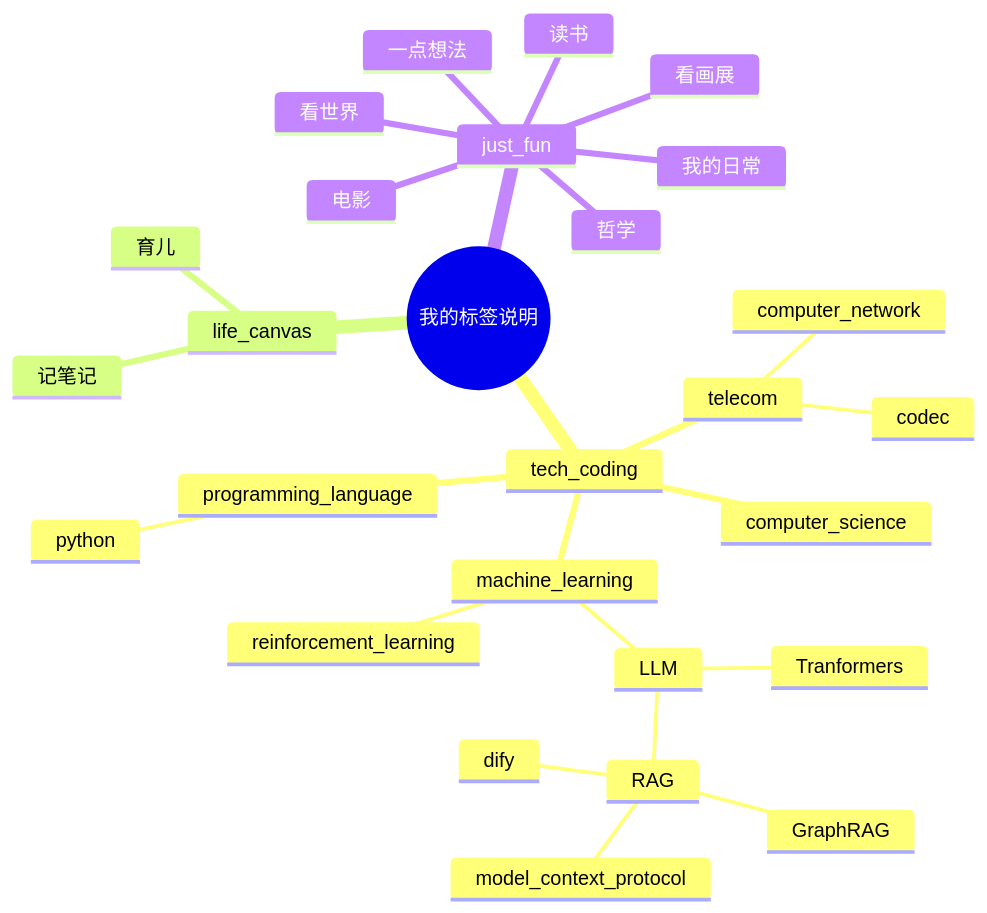
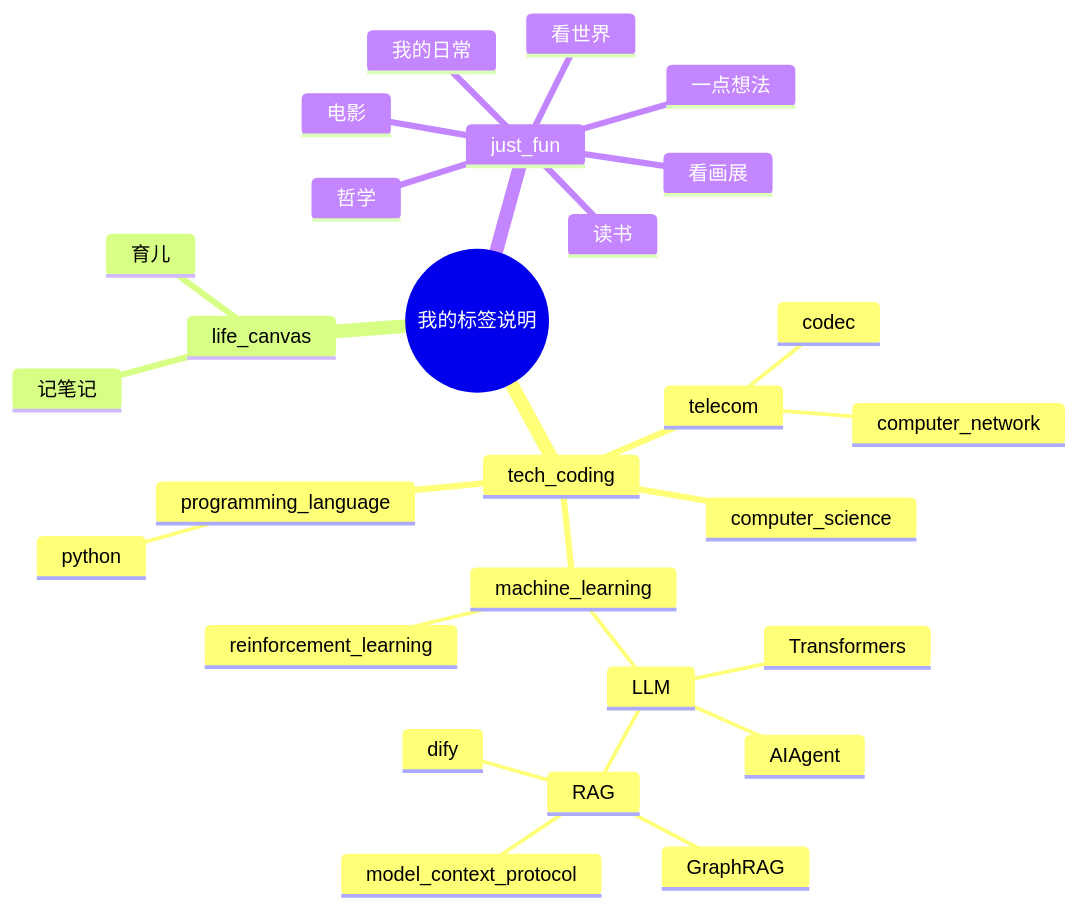
Before and after one commit to jovialchen/taomu: the diagram in tags.md, drawn with Mermaid. The commit also changed 1 other file, not shown here.

```diff
--- a/tags.md
+++ b/tags.md
@@ -16,30 +16,31 @@
 <pre class="mermaid">
 mindmap
   root((我的标签说明))
     tech_coding
       computer_science
       telecom
         computer_network
         codec
       machine_learning
         LLM
-          Tranformers
+          Transformers
           RAG
             GraphRAG
             model_context_protocol
             dify
+          AIAgent
         reinforcement_learning
       programming_language
         python
     life_canvas
       记笔记
       育儿
     just_fun
       读书
       电影
       哲学
       看世界
       我的日常
       一点想法
       看画展
 </pre>
```
